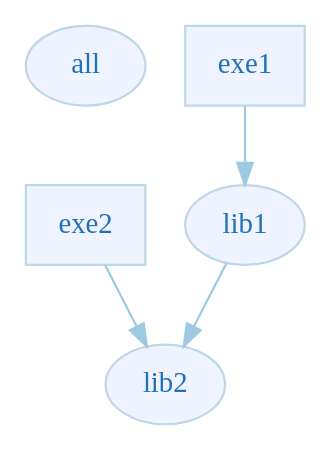
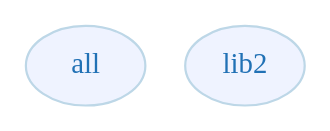
The diagram in lib2-uses.dot (claremacrae/project_dependencies_viz), drawn with Graphviz before and after one commit. The commit also changed 7 other files, not shown here.

```diff
--- a/lib2-uses.dot
+++ b/lib2-uses.dot
@@ -1,32 +1,26 @@
 digraph G {
     fontname="sans-serif";
     penwidth="0.1";
     edge [comment="Wildcard edge", 
           fontname="sans-serif", 
           fontsize=10, 
           colorscheme="blues3", 
           color=2, 
           fontcolor=3];
     node [fontname="serif", 
           fontsize=13, 
           fillcolor="1", 
           colorscheme="blues4", 
           color="2", 
           fontcolor="4", 
           style="filled"];
     subgraph "contents" {
         rankdir="LR";
         style="solid";
         margin="0.5";
         edge [comment="subgraph edge wildcard"];
         node [comment="subgraph node wildcard"];
         "all" [URL="all.svg"];
     }
-    "lib1" [URL="lib1-uses.svg"];
     "lib2" [URL="lib2-uses.svg"];
-    "lib1" -> "lib2";
-    "exe1" [shape="box" URL="exe1-uses.svg"];
-    "exe2" [shape="box" URL="exe2-uses.svg"];
-    "exe1" -> "lib1";
-    "exe2" -> "lib2";
 }
```
